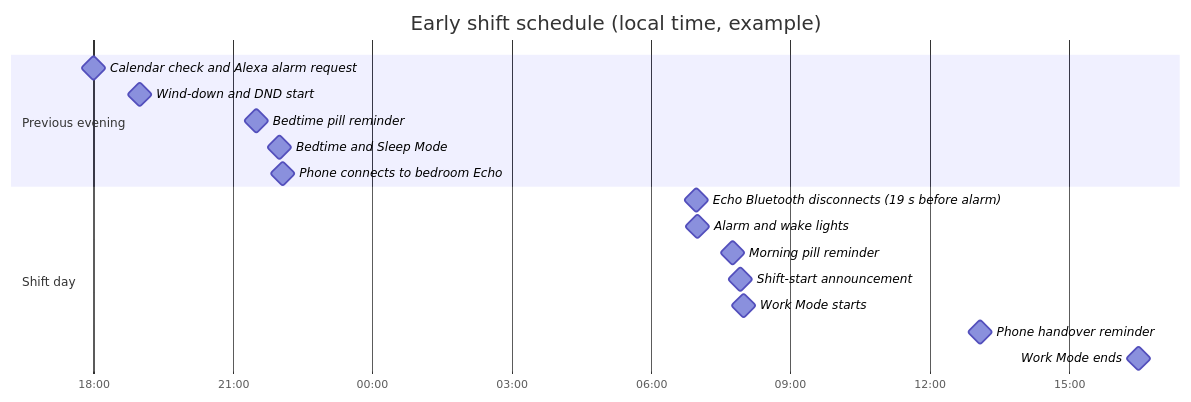
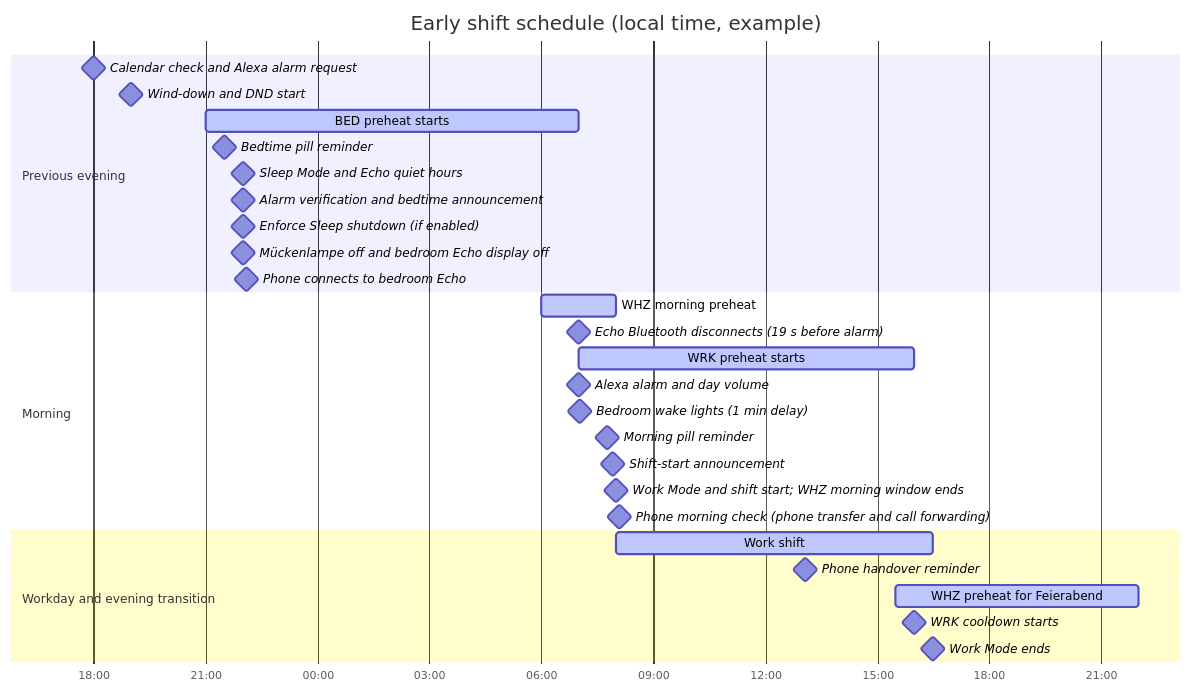
Before and after one commit to theniwo/homeassistant: the second of 2 diagrams in README.md, drawn with Mermaid. The commit also changed other lines of this file and 4 other files, not shown here.

Commit message:
💡 feat(wake-lights): add configurable wake light delay

````diff
--- a/README.md
+++ b/README.md
@@ -144,20 +154,32 @@
 ```mermaid
 gantt
     title Early shift schedule (local time, example)
     dateFormat YYYY-MM-DD HH:mm
     axisFormat %H:%M
     section Previous evening
     Calendar check and Alexa alarm request :milestone, 2026-10-27 18:00, 0m
     Wind-down and DND start :milestone, 2026-10-27 19:00, 0m
+    BED preheat starts :active, 2026-10-27 21:00, 600m
     Bedtime pill reminder :milestone, 2026-10-27 21:30, 0m
-    Bedtime and Sleep Mode :milestone, 2026-10-27 22:00, 0m
+    Sleep Mode and Echo quiet hours :milestone, 2026-10-27 22:00, 0m
+    Alarm verification and bedtime announcement :milestone, 2026-10-27 22:00, 0m
+    Enforce Sleep shutdown (if enabled) :milestone, 2026-10-27 22:00, 0m
+    Mückenlampe off and bedroom Echo display off :milestone, 2026-10-27 22:00, 0m
     Phone connects to bedroom Echo :milestone, 2026-10-27 22:05, 0m
-    section Shift day
+    section Morning
+    WHZ morning preheat :active, 2026-10-28 06:00, 120m
     Echo Bluetooth disconnects (19 s before alarm) :milestone, 2026-10-28 06:59, 0m
-    Alarm and wake lights :milestone, 2026-10-28 07:00, 0m
+    WRK preheat starts :active, 2026-10-28 07:00, 540m
+    Alexa alarm and day volume :milestone, 2026-10-28 07:00, 0m
+    Bedroom wake lights (1 min delay) :milestone, 2026-10-28 07:01, 0m
     Morning pill reminder :milestone, 2026-10-28 07:45, 0m
     Shift-start announcement :milestone, 2026-10-28 07:55, 0m
-    Work Mode starts :milestone, 2026-10-28 08:00, 0m
+    Work Mode and shift start; WHZ morning window ends :milestone, 2026-10-28 08:00, 0m
+    Phone morning check (phone transfer and call forwarding) :milestone, 2026-10-28 08:05, 0m
+    section Workday and evening transition
+    Work shift :active, 2026-10-28 08:00, 510m
     Phone handover reminder :milestone, 2026-10-28 13:05, 0m
+    WHZ preheat for Feierabend :active, 2026-10-28 15:30, 390m
+    WRK cooldown starts :milestone, 2026-10-28 16:00, 0m
     Work Mode ends :milestone, 2026-10-28 16:30, 0m
 ```
````
